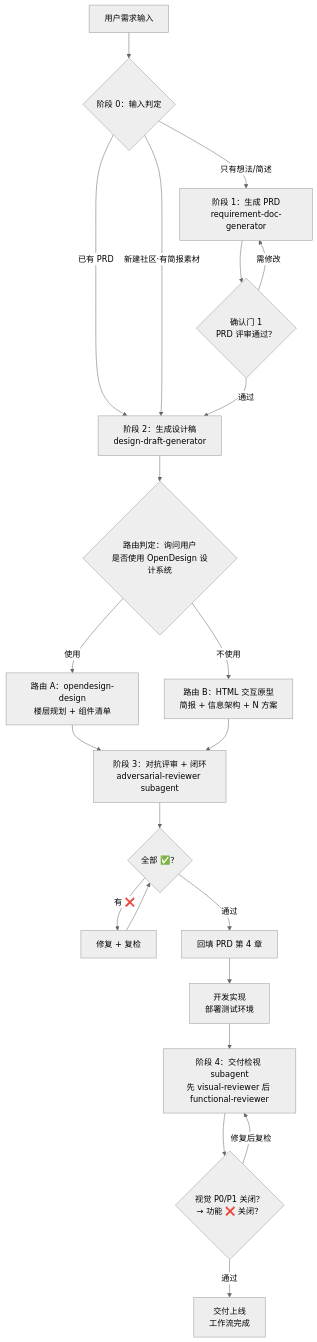
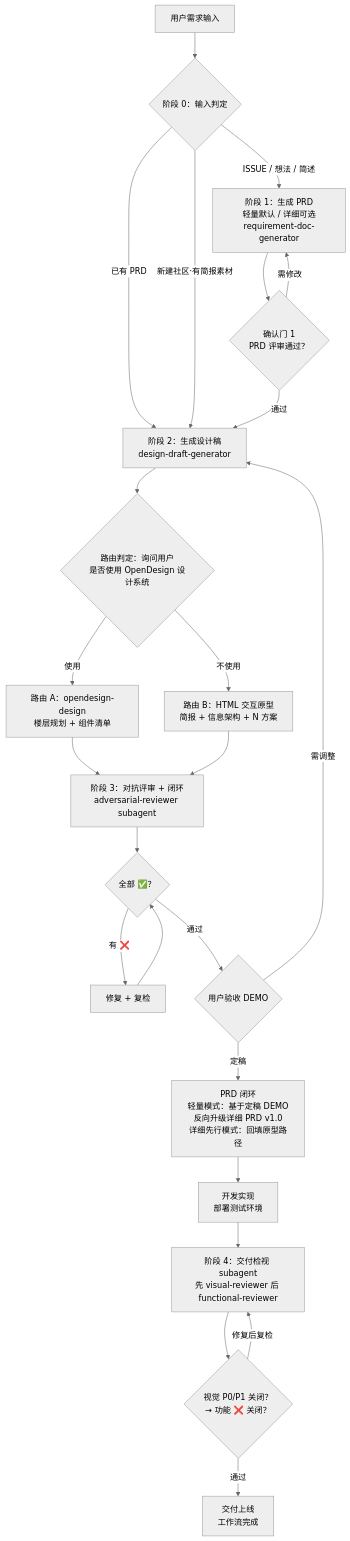
Before and after one commit to xialu-pro/design-workflow: the diagram in README.md, drawn with Mermaid (neutral theme). The commit also changed other lines of this file and 5 other files, not shown here.

First line of the commit message:
工作流优化：路由判定改为用户确认制 + PRD 双模式（轻量先行、DEMO 定稿后反向升级）

````diff
--- a/README.md
+++ b/README.md
@@ -7,31 +7,33 @@
 ```mermaid
 flowchart TD
     S[用户需求输入] --> E{阶段 0：输入判定}
     E -- 已有 PRD --> G2
     E -- 新建社区·有简报素材 --> G2
-    E -- 只有想法/简述 --> G1
+    E -- ISSUE / 想法 / 简述 --> G1
 
-    G1[阶段 1：生成 PRD<br/>requirement-doc-generator]
+    G1[阶段 1：生成 PRD<br/>轻量默认 / 详细可选<br/>requirement-doc-generator]
     G1 --> D1{确认门 1<br/>PRD 评审通过？}
     D1 -- 需修改 --> G1
     D1 -- 通过 --> G2
 
     G2[阶段 2：生成设计稿<br/>design-draft-generator]
     G2 --> R{路由判定：询问用户<br/>是否使用 OpenDesign 设计系统}
     R -- 使用 --> A[路由 A：opendesign-design<br/>楼层规划 + 组件清单]
     R -- 不使用 --> B[路由 B：HTML 交互原型<br/>简报 + 信息架构 + N 方案]
     A --> G3
     B --> G3
 
     G3[阶段 3：对抗评审 + 闭环<br/>adversarial-reviewer subagent]
     G3 --> D2{全部 ✅？}
     D2 -- 有 ❌ --> F[修复 + 复检]
     F --> D2
-    D2 -- 通过 --> H[回填 PRD 第 4 章]
+    D2 -- 通过 --> H{用户验收 DEMO}
+    H -- 需调整 --> G2
+    H -- 定稿 --> P[PRD 闭环<br/>轻量模式：基于定稿 DEMO<br/>反向升级详细 PRD v1.0<br/>详细先行模式：回填原型路径]
 
-    H --> DEV[开发实现<br/>部署测试环境]
+    P --> DEV[开发实现<br/>部署测试环境]
     DEV --> VR[阶段 4：交付检视 subagent<br/>先 visual-reviewer 后 functional-reviewer]
     VR --> D3{视觉 P0/P1 关闭？<br/>→ 功能 ❌ 关闭？}
     D3 -- 修复后复检 --> VR
     D3 -- 通过 --> DONE[交付上线<br/>工作流完成]
 ```
````
